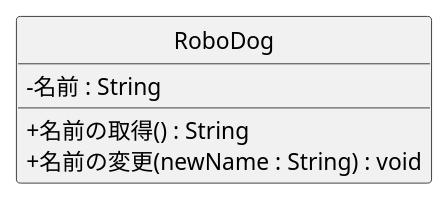
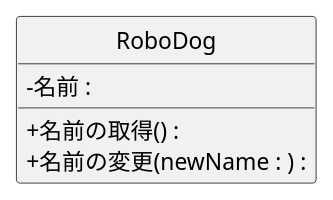
The diagram in Grope/06_robo_dog/class.pu (yuki044/OharaUML), drawn with PlantUML before and after one commit.

```diff
--- a/Grope/06_robo_dog/class.pu
+++ b/Grope/06_robo_dog/class.pu
@@ -1,11 +1,11 @@
 @startuml RoboDogクラス図
 skinparam classAttributeIconSize 0
 hide circle
 ' RoboDog
 class RoboDog {
-  - 名前 : String
+  - 名前 : 
 
-  + 名前の取得() : String
-  + 名前の変更(newName : String) : void
+  + 名前の取得() : 
+  + 名前の変更(newName : ) : 
 }
 @enduml
```
